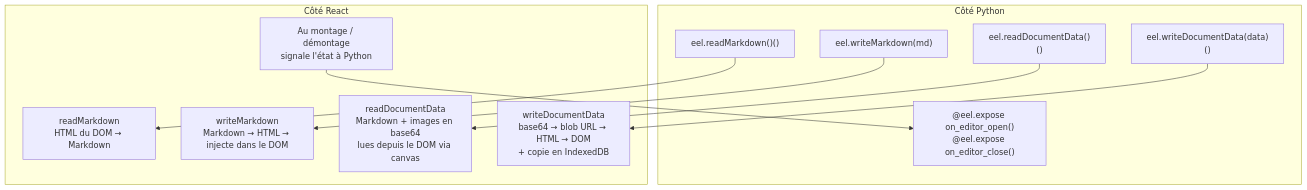
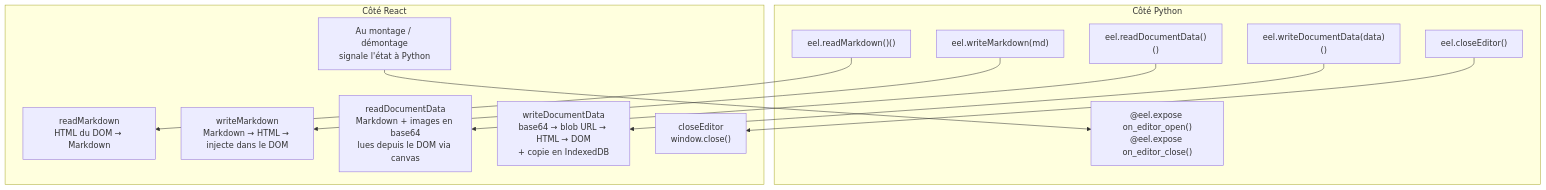
Before and after one commit to lecinquiemejour-code/PromptoDYS_app: the second of 5 diagrams in doc/ARCHITECTURE.md, drawn with Mermaid. The commit also changed other lines of this file and 3 other files, not shown here.

First line of the commit message:
fix(editor): Close the editor when the control panel is closed

````diff
--- a/doc/ARCHITECTURE.md
+++ b/doc/ARCHITECTURE.md
@@ -85,24 +85,27 @@
 ```mermaid
 flowchart TB
     subgraph PYTHON["Côté Python"]
         P1["eel.readMarkdown()()"]
         P2["eel.writeMarkdown(md)"]
         P3["eel.readDocumentData()()"]
         P4["eel.writeDocumentData(data)()"]
         P5["@eel.expose on_editor_open()<br/>@eel.expose on_editor_close()"]
+        P6["eel.closeEditor()"]
     end
 
     subgraph JS["Côté React"]
         J1["readMarkdown<br/>HTML du DOM → Markdown"]
         J2["writeMarkdown<br/>Markdown → HTML → injecte dans le DOM"]
         J3["readDocumentData<br/>Markdown + images en base64<br/>lues depuis le DOM via canvas"]
         J4["writeDocumentData<br/>base64 → blob URL → HTML → DOM<br/>+ copie en IndexedDB"]
         J5["Au montage / démontage<br/>signale l'état à Python"]
+        J6["closeEditor<br/>window.close()"]
     end
 
     P1 --> J1
     P2 --> J2
     P3 --> J3
     P4 --> J4
     J5 --> P5
+    P6 --> J6
 ```
````
